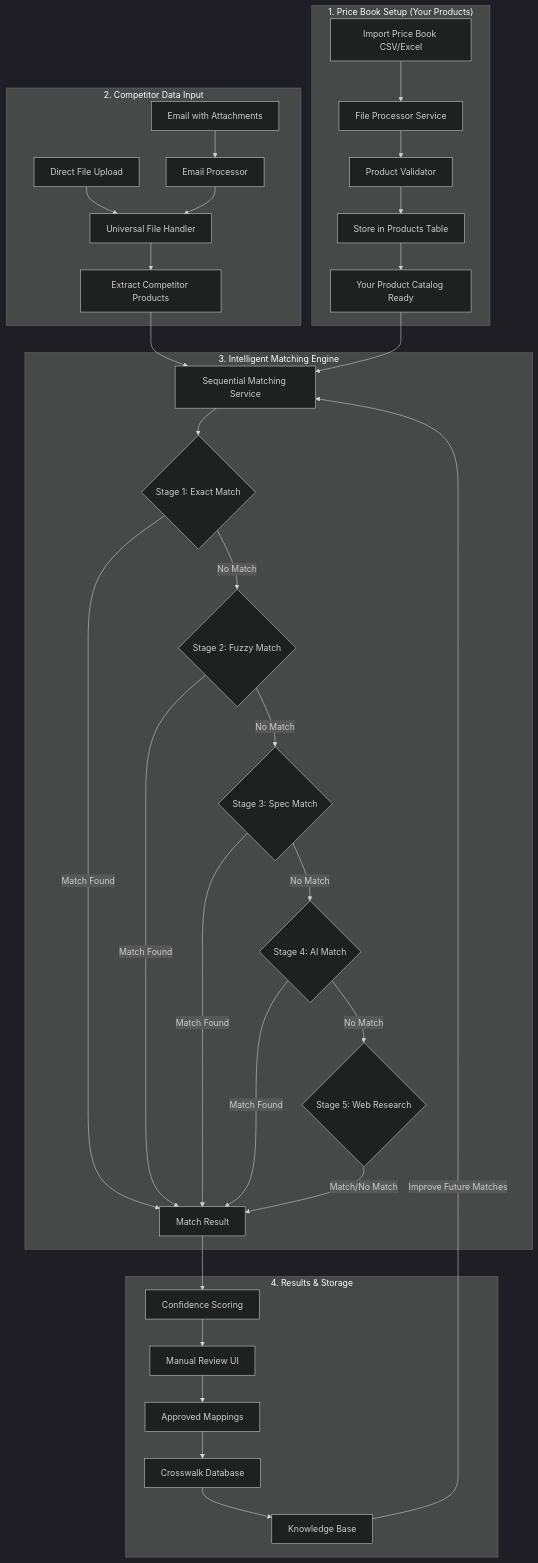
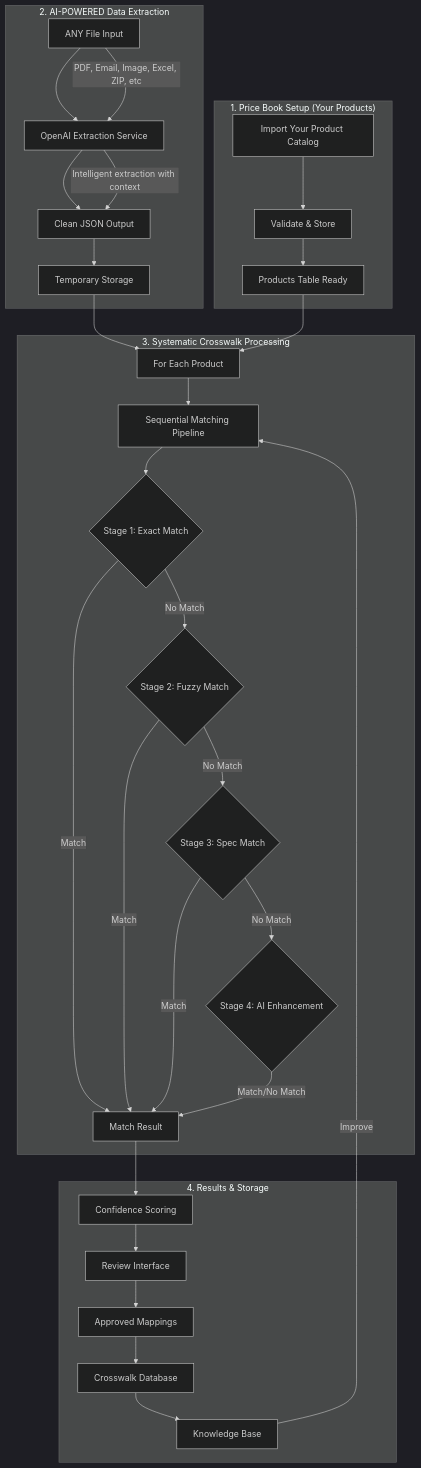
Before and after one commit to jbabcanec/Comp-Price-Bot: the first of 3 diagrams in gameplan.md, drawn with Mermaid (dark theme). The commit also changed other lines of this file and 80 other files, not shown here.

````diff
--- a/gameplan.md
+++ b/gameplan.md
@@ -24,40 +65,38 @@
 ```mermaid
 graph TD
     subgraph "1. Price Book Setup (Your Products)"
-        A1[Import Price Book CSV/Excel] --> A2[File Processor Service]
-        A2 --> A3[Product Validator]
-        A3 --> A4[Store in Products Table]
-        A4 --> A5[Your Product Catalog Ready]
+        A1[Import Your Product Catalog] --> A2[Validate & Store]
+        A2 --> A3[Products Table Ready]
     end
     
-    subgraph "2. Competitor Data Input"
-        B1[Email with Attachments] --> B2[Email Processor]
-        B1b[Direct File Upload] --> B3[Universal File Handler]
-        B2 --> B3
-        B3 --> B4[Extract Competitor Products]
+    subgraph "2. AI-POWERED Data Extraction"
+        B1[ANY File Input] --> B2[OpenAI Extraction Service]
+        B2 --> B3[Clean JSON Output]
+        B3 --> B4[Temporary Storage]
+        B1 -- "PDF, Email, Image, Excel, ZIP, etc" --> B2
+        B2 -- "Intelligent extraction with context" --> B3
     end
     
-    subgraph "3. Intelligent Matching Engine"
-        B4 --> C1[Sequential Matching Service]
-        A5 --> C1
-        C1 --> C2{Stage 1: Exact Match}
-        C2 -->|No Match| C3{Stage 2: Fuzzy Match}
-        C3 -->|No Match| C4{Stage 3: Spec Match}
-        C4 -->|No Match| C5{Stage 4: AI Match}
-        C5 -->|No Match| C6{Stage 5: Web Research}
-        C2 -->|Match Found| C7[Match Result]
-        C3 -->|Match Found| C7
-        C4 -->|Match Found| C7
-        C5 -->|Match Found| C7
+    subgraph "3. Systematic Crosswalk Processing"
+        B4 --> C1[For Each Product]
+        A3 --> C1
+        C1 --> C2[Sequential Matching Pipeline]
+        C2 --> C3{Stage 1: Exact Match}
+        C3 -->|No Match| C4{Stage 2: Fuzzy Match}
+        C4 -->|No Match| C5{Stage 3: Spec Match}
+        C5 -->|No Match| C6{Stage 4: AI Enhancement}
+        C3 -->|Match| C7[Match Result]
+        C4 -->|Match| C7
+        C5 -->|Match| C7
         C6 -->|Match/No Match| C7
     end
     
     subgraph "4. Results & Storage"
         C7 --> D1[Confidence Scoring]
-        D1 --> D2[Manual Review UI]
+        D1 --> D2[Review Interface]
         D2 --> D3[Approved Mappings]
         D3 --> D4[Crosswalk Database]
         D4 --> D5[Knowledge Base]
-        D5 -->|Improve Future Matches| C1
+        D5 -->|Improve| C2
     end
 ```
````
